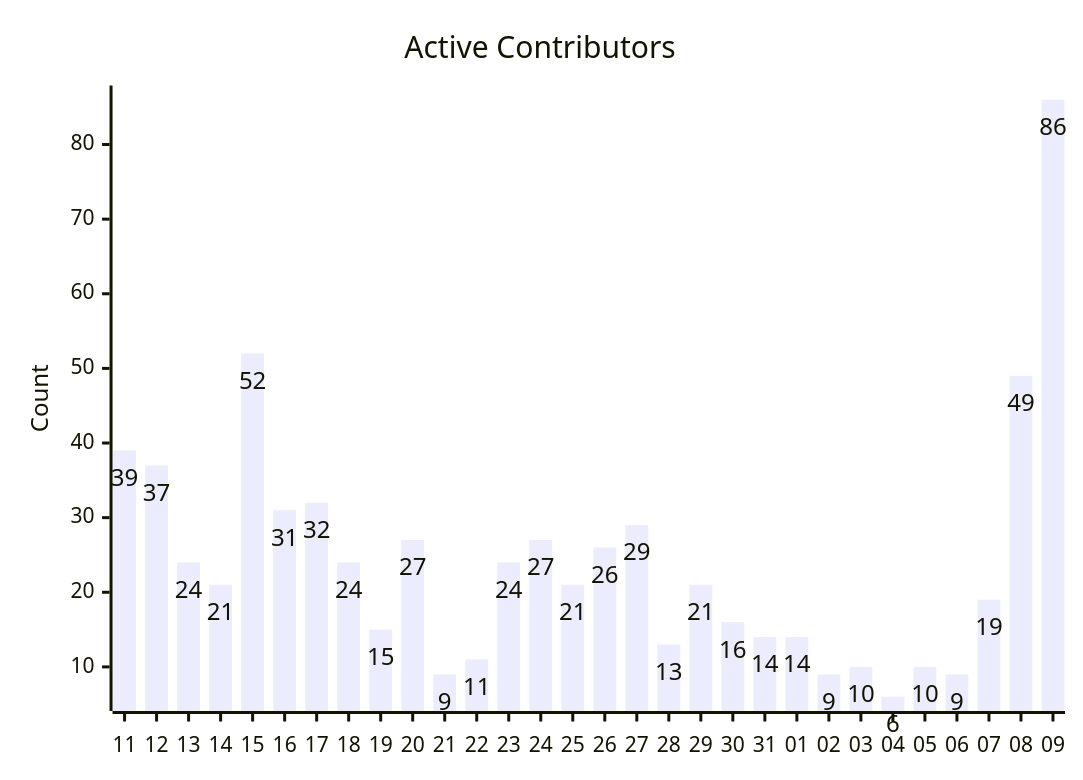
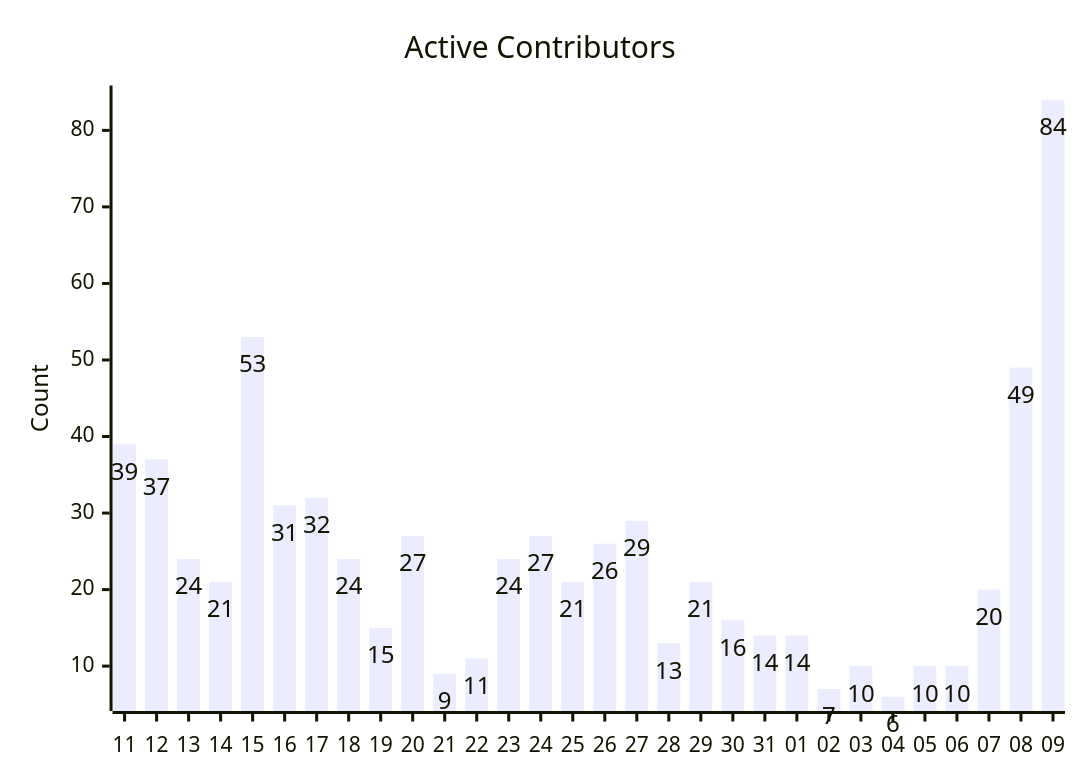
Before and after one commit to cocosheng-g/gemini-cli: the fifth of 7 diagrams in triage/CONTRIBUTION_METRICS.md, drawn with Mermaid. The commit also changed other lines of this file, not shown here.

````diff
--- a/triage/CONTRIBUTION_METRICS.md
+++ b/triage/CONTRIBUTION_METRICS.md
@@ -100,12 +92,12 @@
 ```mermaid
 ---
 config:
   xyChart:
     showDataLabel: true
 ---
 xychart-beta
     title "Active Contributors"
     x-axis ["11", "12​", "13​​", "14​​​", "15​​​​", "16​​​​​", "17​​​​​​", "18​​​​​​​", "19​​​​​​​​", "20​​​​​​​​​", "21​​​​​​​​​​", "22​​​​​​​​​​​", "23​​​​​​​​​​​​", "24​​​​​​​​​​​​​", "25​​​​​​​​​​​​​​", "26​​​​​​​​​​​​​​​", "27​​​​​​​​​​​​​​​​", "28​​​​​​​​​​​​​​​​​", "29​​​​​​​​​​​​​​​​​​", "30​​​​​​​​​​​​​​​​​​​", "31​​​​​​​​​​​​​​​​​​​​", "01​​​​​​​​​​​​​​​​​​​​​", "02​​​​​​​​​​​​​​​​​​​​​​", "03​​​​​​​​​​​​​​​​​​​​​​​", "04​​​​​​​​​​​​​​​​​​​​​​​​", "05​​​​​​​​​​​​​​​​​​​​​​​​​", "06​​​​​​​​​​​​​​​​​​​​​​​​​​", "07​​​​​​​​​​​​​​​​​​​​​​​​​​​", "08​​​​​​​​​​​​​​​​​​​​​​​​​​​​", "09​​​​​​​​​​​​​​​​​​​​​​​​​​​​​"]
     y-axis "Count"
-    bar [39, 37, 24, 21, 52, 31, 32, 24, 15, 27, 9, 11, 24, 27, 21, 26, 29, 13, 21, 16, 14, 14, 9, 10, 6, 10, 9, 19, 49, 86]
+    bar [39, 37, 24, 21, 53, 31, 32, 24, 15, 27, 9, 11, 24, 27, 21, 26, 29, 13, 21, 16, 14, 14, 7, 10, 6, 10, 10, 20, 49, 84]
 ```
````
